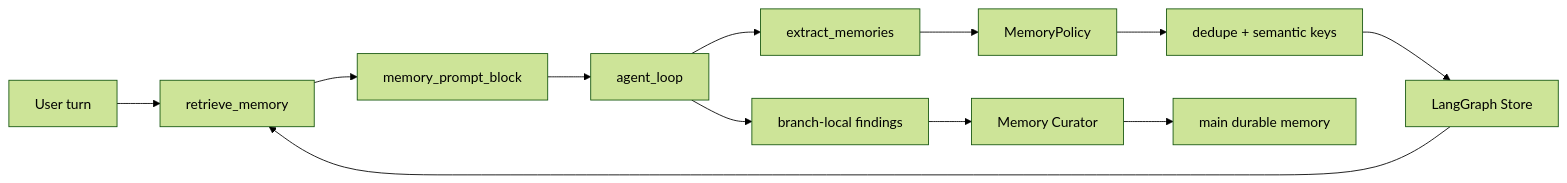
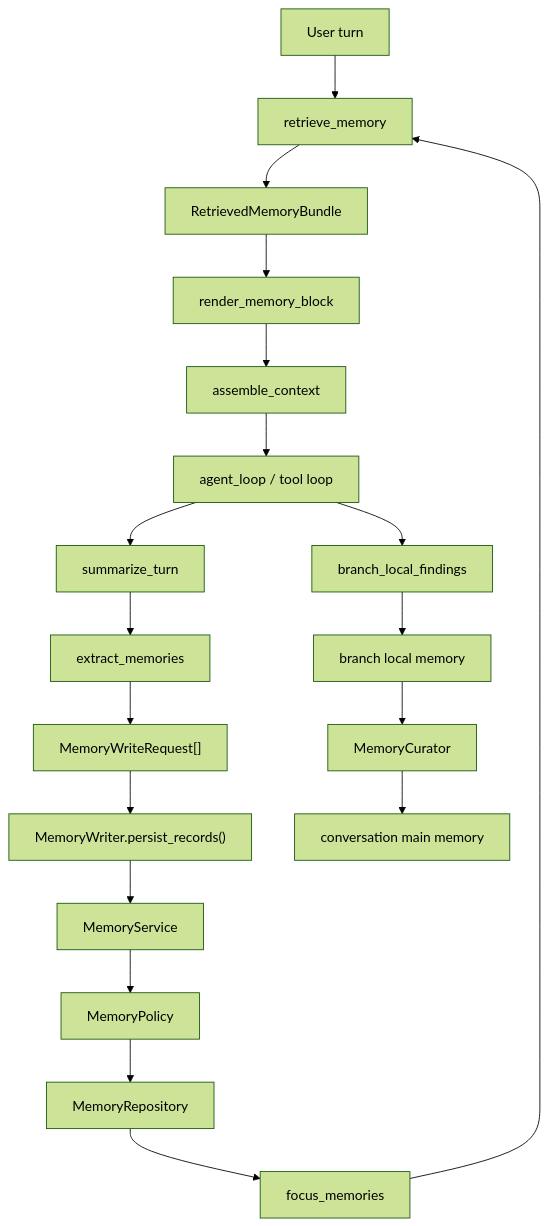
The first of 6 diagrams in docs/memory-system.md (William-zgx/focus-agent), drawn with Mermaid (forest theme) before and after one commit. The commit also changed other lines of this file and 58 other files, not shown here.

````diff
--- a/docs/memory-system.md
+++ b/docs/memory-system.md
@@ -12,14 +20,21 @@
 ```mermaid
-flowchart LR
-    Turn["User turn"] --> Retrieve["retrieve_memory"]
-    Retrieve --> Prompt["memory_prompt_block"]
-    Prompt --> Agent["agent_loop"]
-    Agent --> Extract["extract_memories"]
-    Extract --> Policy["MemoryPolicy"]
-    Policy --> Dedupe["dedupe + semantic keys"]
-    Dedupe --> Store["LangGraph Store"]
-    Store --> Retrieve
-    Agent --> Branch["branch-local findings"]
-    Branch --> Curator["Memory Curator"]
-    Curator --> Main["main durable memory"]
+flowchart TD
+    UserTurn["User turn"] --> Retrieve["retrieve_memory"]
+    Retrieve --> Bundle["RetrievedMemoryBundle"]
+    Bundle --> Render["render_memory_block"]
+    Render --> Assemble["assemble_context"]
+    Assemble --> Agent["agent_loop / tool loop"]
+    Agent --> Summary["summarize_turn"]
+    Summary --> Extract["extract_memories"]
+    Extract --> Requests["MemoryWriteRequest[]"]
+    Requests --> Persist["MemoryWriter.persist_records()"]
+    Persist --> Service["MemoryService"]
+    Service --> Policy["MemoryPolicy"]
+    Policy --> Repo["MemoryRepository"]
+    Repo --> Postgres["focus_memories"]
+    Postgres --> Retrieve
+    Agent --> BranchFindings["branch_local_findings"]
+    BranchFindings --> BranchMemory["branch local memory"]
+    BranchMemory --> Curator["MemoryCurator"]
+    Curator --> MainMemory["conversation main memory"]
 ```
````
